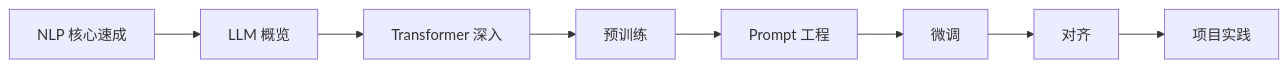
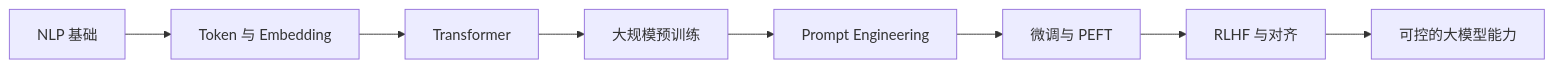
One commit to oudbiao/AI-fullstack-course changed the diagram in docs/stage8a/index.md. Above: the diagram before and after it, drawn with Mermaid. The commit also changed other lines of this file and 95 other files, not shown here.

````diff
--- a/docs/stage8a/index.md
+++ b/docs/stage8a/index.md
@@ -62,10 +25,10 @@
 ```mermaid
 flowchart LR
-    A["NLP 核心速成"] --> B["LLM 概览"]
-    B --> C["Transformer 深入"]
-    C --> D["预训练"]
-    D --> E["Prompt 工程"]
-    E --> F["微调"]
-    F --> G["对齐"]
-    G --> H["项目实践"]
+  A[NLP 基础] --> B[Token 与 Embedding]
+  B --> C[Transformer]
+  C --> D[大规模预训练]
+  D --> E[Prompt Engineering]
+  E --> F[微调与 PEFT]
+  F --> G[RLHF 与对齐]
+  G --> H[可控的大模型能力]
 ```
````
